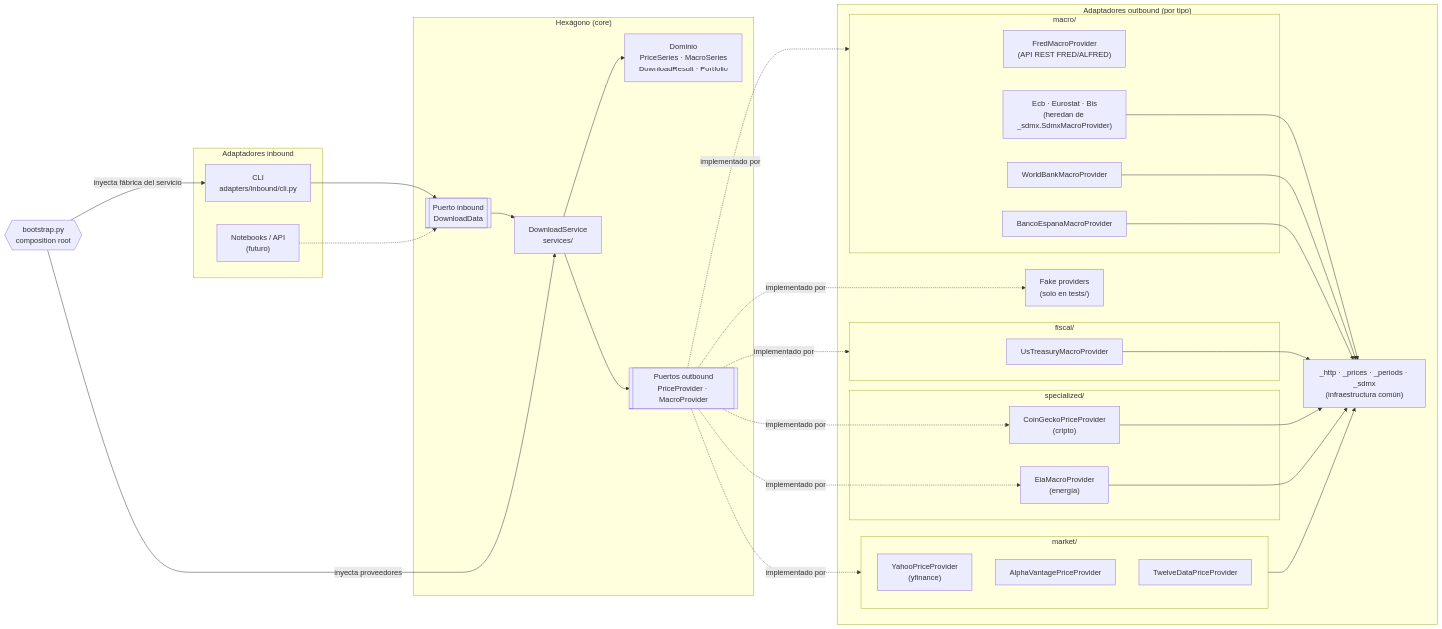
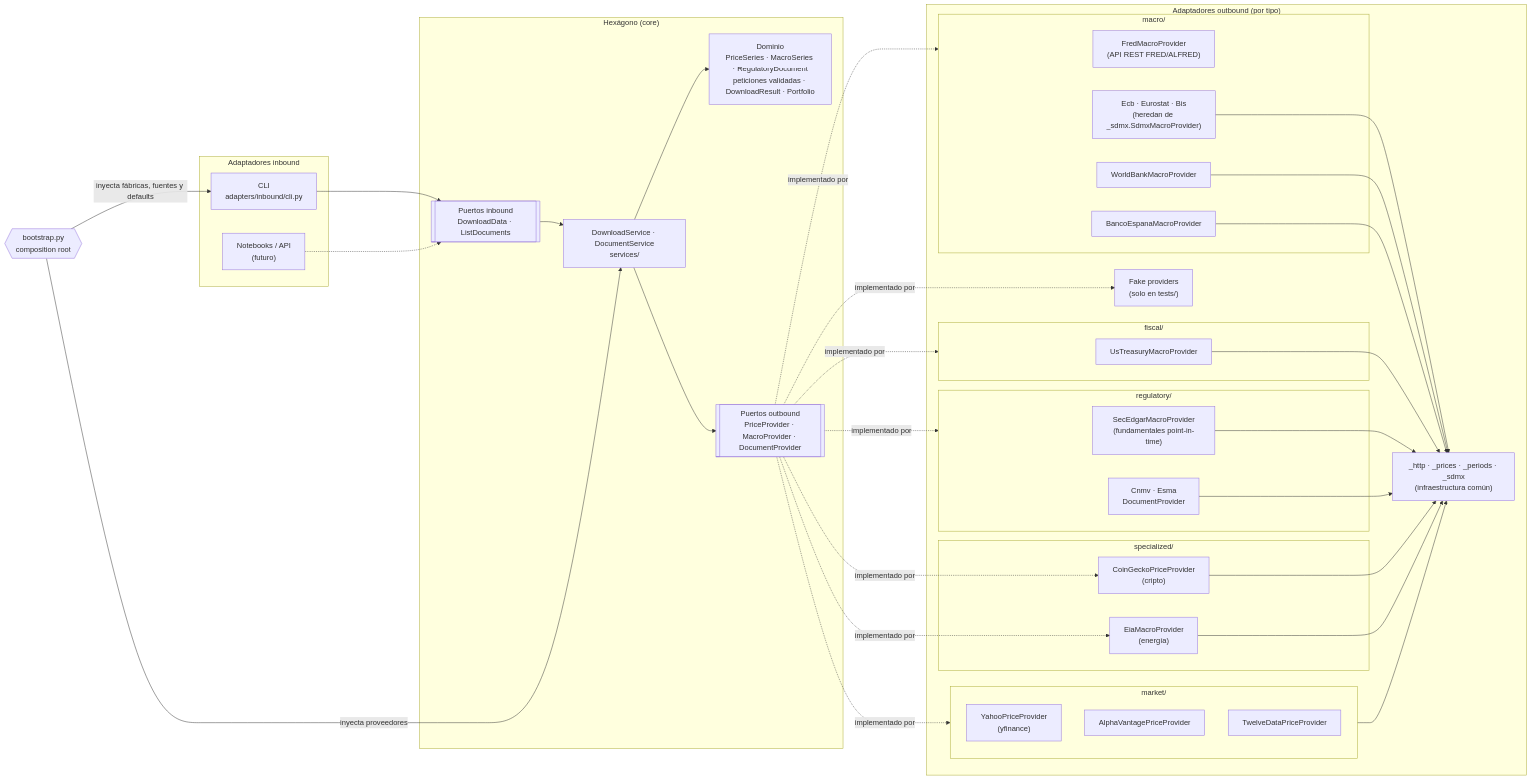
The diagram in docs/architecture.md (art3mvp/quant-finance-toolkit), drawn with Mermaid before and after one commit. The commit also changed other lines of this file and 2 other files, not shown here.

First line of the commit message:
docs: document regulatory sources and align architecture notes

````diff
--- a/docs/architecture.md
+++ b/docs/architecture.md
@@ -9,60 +9,67 @@
 ```mermaid
 flowchart LR
     subgraph IN["Adaptadores inbound"]
         CLI["CLI<br/>adapters/inbound/cli.py"]
         NB["Notebooks / API<br/>(futuro)"]
     end
 
     subgraph HEX["Hexágono (core)"]
-        PIN[["Puerto inbound<br/>DownloadData"]]
-        SVC["DownloadService<br/>services/"]
-        DOM["Dominio<br/>PriceSeries · MacroSeries<br/>DownloadResult · Portfolio"]
-        POUT[["Puertos outbound<br/>PriceProvider · MacroProvider"]]
+        PIN[["Puertos inbound<br/>DownloadData · ListDocuments"]]
+        SVC["DownloadService · DocumentService<br/>services/"]
+        DOM["Dominio<br/>PriceSeries · MacroSeries · RegulatoryDocument<br/>peticiones validadas · DownloadResult · Portfolio"]
+        POUT[["Puertos outbound<br/>PriceProvider · MacroProvider · DocumentProvider"]]
         PIN --> SVC
         SVC --> DOM
         SVC --> POUT
     end
 
     subgraph OUT["Adaptadores outbound (por tipo)"]
         subgraph MKT["market/"]
             YF["YahooPriceProvider<br/>(yfinance)"]
             AV["AlphaVantagePriceProvider"]
             TD["TwelveDataPriceProvider"]
         end
         subgraph MAC["macro/"]
             FRED["FredMacroProvider<br/>(API REST FRED/ALFRED)"]
             SDMX["Ecb · Eurostat · Bis<br/>(heredan de _sdmx.SdmxMacroProvider)"]
             WB["WorldBankMacroProvider"]
             BDE["BancoEspanaMacroProvider"]
         end
         subgraph FIS["fiscal/"]
             UST["UsTreasuryMacroProvider"]
         end
+        subgraph REG["regulatory/"]
+            SEC["SecEdgarMacroProvider<br/>(fundamentales point-in-time)"]
+            DOCS["Cnmv · Esma<br/>DocumentProvider"]
+        end
         subgraph SPE["specialized/"]
             CG["CoinGeckoPriceProvider<br/>(cripto)"]
             EIA["EiaMacroProvider<br/>(energía)"]
         end
         HTTP["_http · _prices · _periods · _sdmx<br/>(infraestructura común)"]
         FAKE["Fake providers<br/>(solo en tests/)"]
     end
 
     CLI --> PIN
     NB -.-> PIN
     POUT -. implementado por .-> MKT
     POUT -. implementado por .-> MAC
     POUT -. implementado por .-> FIS
+    POUT -. implementado por .-> REG
     POUT -. implementado por .-> CG
     POUT -. implementado por .-> EIA
     POUT -. implementado por .-> FAKE
     MKT --> HTTP
     SDMX --> HTTP
     WB --> HTTP
     BDE --> HTTP
     UST --> HTTP
+    SEC --> HTTP
+    DOCS --> HTTP
     CG --> HTTP
     EIA --> HTTP
 
     BOOT{{"bootstrap.py<br/>composition root"}}
     BOOT -- inyecta proveedores --> SVC
-    BOOT -- inyecta fábrica del servicio --> CLI
+    BOOT -- inyecta fábricas, fuentes y defaults --> CLI
 ```
````
